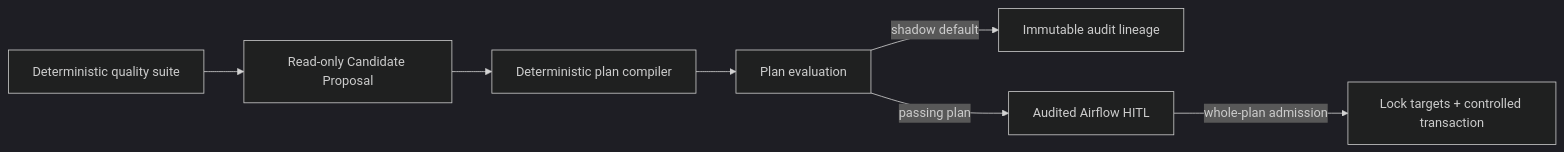
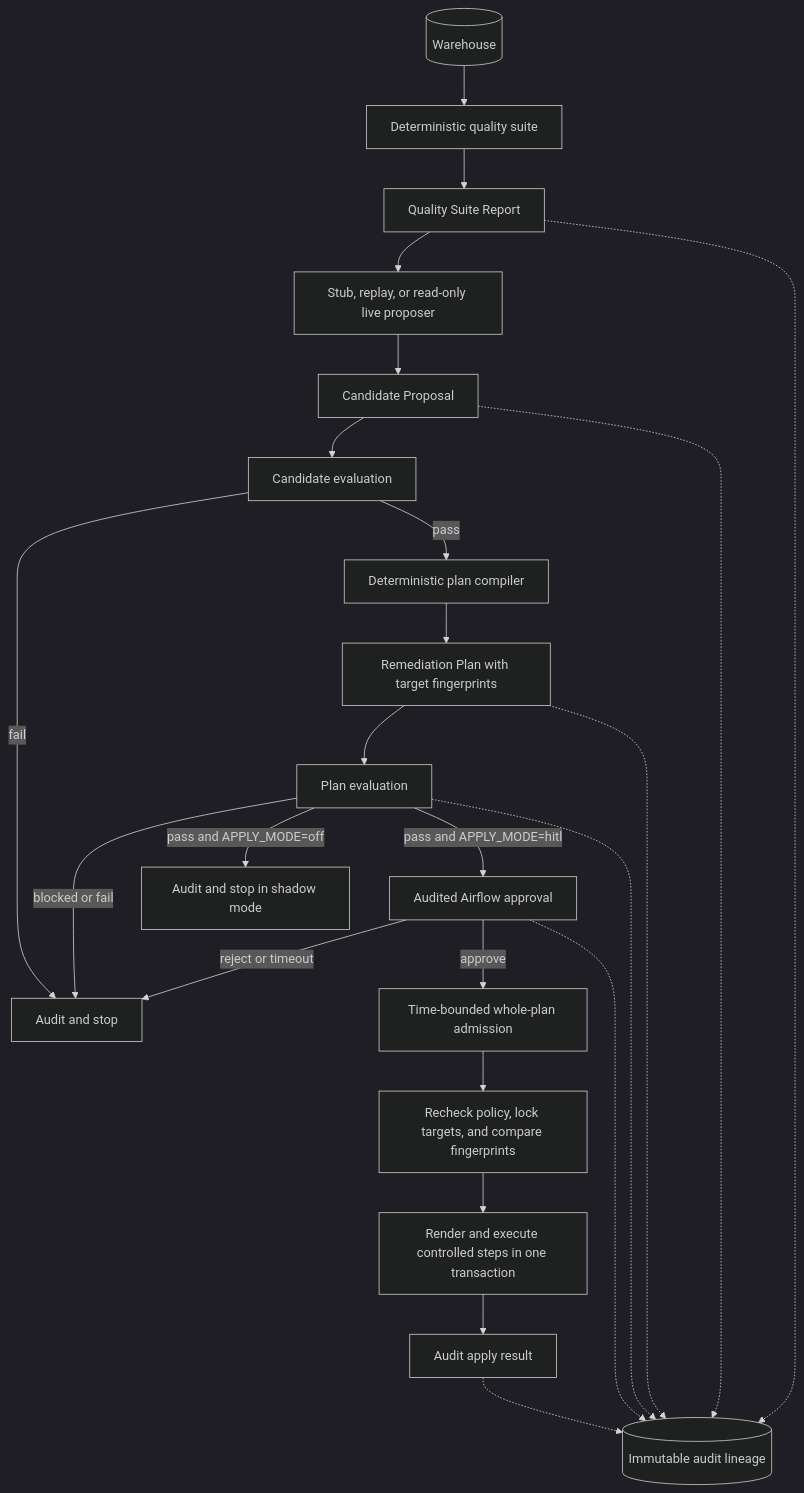
The first of 2 diagrams in README.md (youzaina001/airflow-dq-agent), drawn with Mermaid (dark theme) before and after one commit. The commit also changed other lines of this file, not shown here.

Commit message:
docs: clarify governed remediation workflow

````diff
--- a/README.md
+++ b/README.md
@@ -8,9 +11,27 @@
 ```mermaid
-flowchart LR
-  suite[Deterministic quality suite] --> candidate[Read-only Candidate Proposal]
-  candidate --> compiler[Deterministic plan compiler]
-  compiler --> eval[Plan evaluation]
-  eval -->|shadow default| trace[Immutable audit lineage]
-  eval -->|passing plan| hitl[Audited Airflow HITL]
-  hitl -->|whole-plan admission| apply[Lock targets + controlled transaction]
+flowchart TD
+  warehouse[(Warehouse)] --> suite[Deterministic quality suite]
+  suite --> report[Quality Suite Report]
+  report --> proposer[Stub, replay, or read-only live proposer]
+  proposer --> candidate[Candidate Proposal]
+  candidate --> candidate_eval[Candidate evaluation]
+  candidate_eval -->|fail| stopped[Audit and stop]
+  candidate_eval -->|pass| compiler[Deterministic plan compiler]
+  compiler --> plan[Remediation Plan with target fingerprints]
+  plan --> plan_eval[Plan evaluation]
+  plan_eval -->|blocked or fail| stopped
+  plan_eval -->|pass and APPLY_MODE=off| shadow[Audit and stop in shadow mode]
+  plan_eval -->|pass and APPLY_MODE=hitl| hitl[Audited Airflow approval]
+  hitl -->|reject or timeout| stopped
+  hitl -->|approve| admission[Time-bounded whole-plan admission]
+  admission --> apply[Recheck policy, lock targets, and compare fingerprints]
+  apply --> execute[Render and execute controlled steps in one transaction]
+  execute --> result[Audit apply result]
+
+  report -.-> lineage[(Immutable audit lineage)]
+  candidate -.-> lineage
+  plan -.-> lineage
+  plan_eval -.-> lineage
+  hitl -.-> lineage
+  result -.-> lineage
 ```
````
